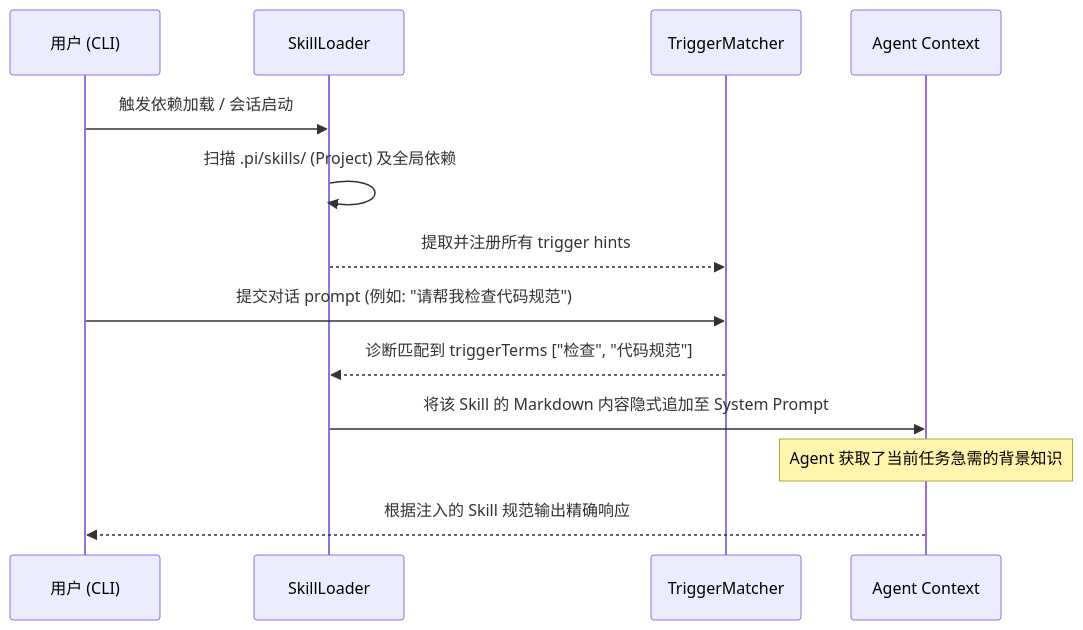
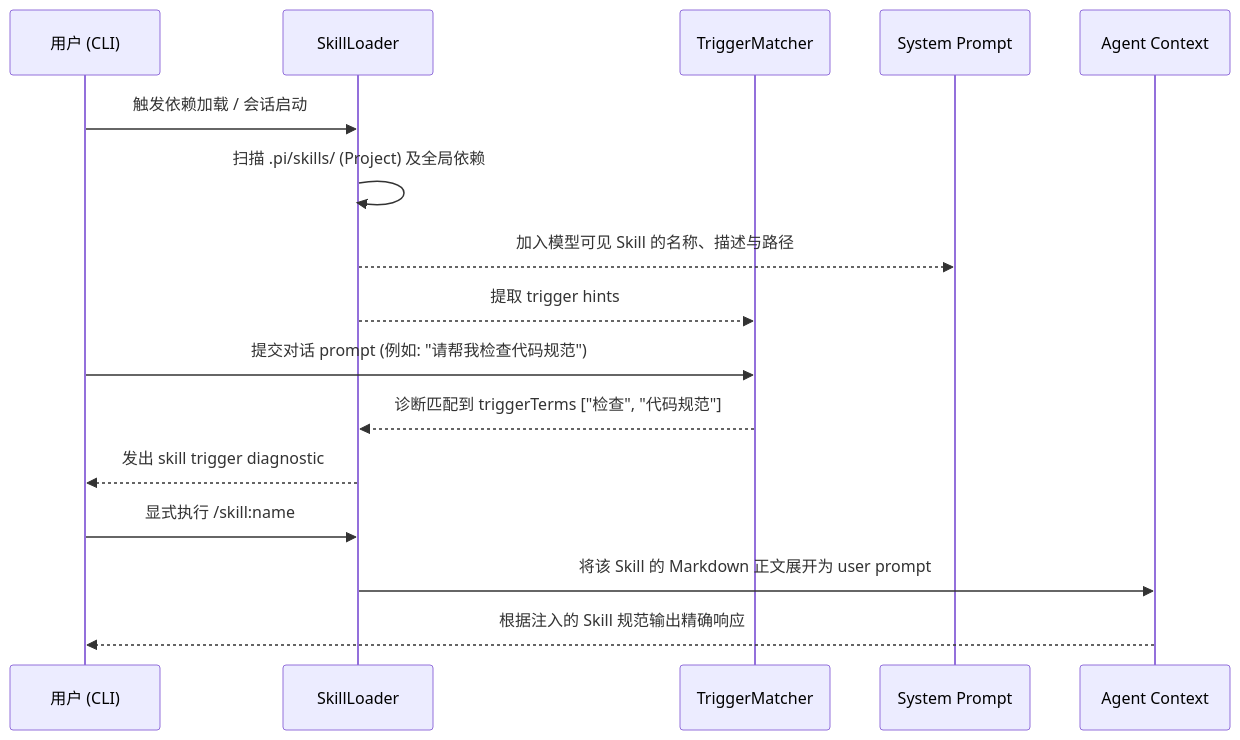
Before and after one commit to umuo/pi-java: the second of 2 diagrams in docs/design-highlights.md, drawn with Mermaid. The commit also changed other lines of this file and 5 other files, not shown here.

````diff
--- a/docs/design-highlights.md
+++ b/docs/design-highlights.md
@@ -117,16 +117,19 @@
 ```mermaid
 sequenceDiagram
     participant User as 用户 (CLI)
     participant Loader as SkillLoader
     participant Regex as TriggerMatcher
+    participant Prompt as System Prompt
     participant LLM as Agent Context
 
     User->>Loader: 触发依赖加载 / 会话启动
     Loader->>Loader: 扫描 .pi/skills/ (Project) 及全局依赖
-    Loader-->>Regex: 提取并注册所有 trigger hints
+    Loader-->>Prompt: 加入模型可见 Skill 的名称、描述与路径
+    Loader-->>Regex: 提取 trigger hints
     User->>Regex: 提交对话 prompt (例如: "请帮我检查代码规范")
     Regex-->>Loader: 诊断匹配到 triggerTerms ["检查", "代码规范"]
-    Loader->>LLM: 将该 Skill 的 Markdown 内容隐式追加至 System Prompt
-    Note over LLM: Agent 获取了当前任务急需的背景知识
+    Loader-->>User: 发出 skill trigger diagnostic
+    User->>Loader: 显式执行 /skill:name
+    Loader->>LLM: 将该 Skill 的 Markdown 正文展开为 user prompt
     LLM-->>User: 根据注入的 Skill 规范输出精确响应
 ```
````
